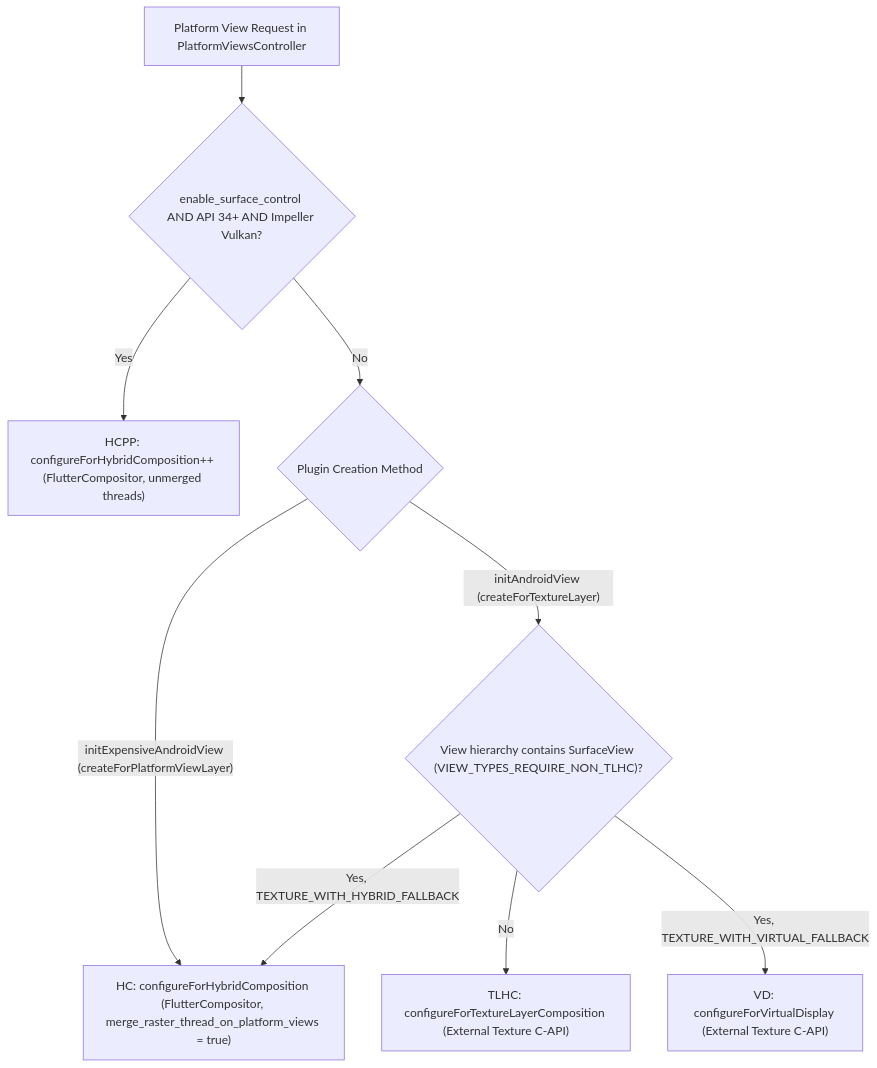
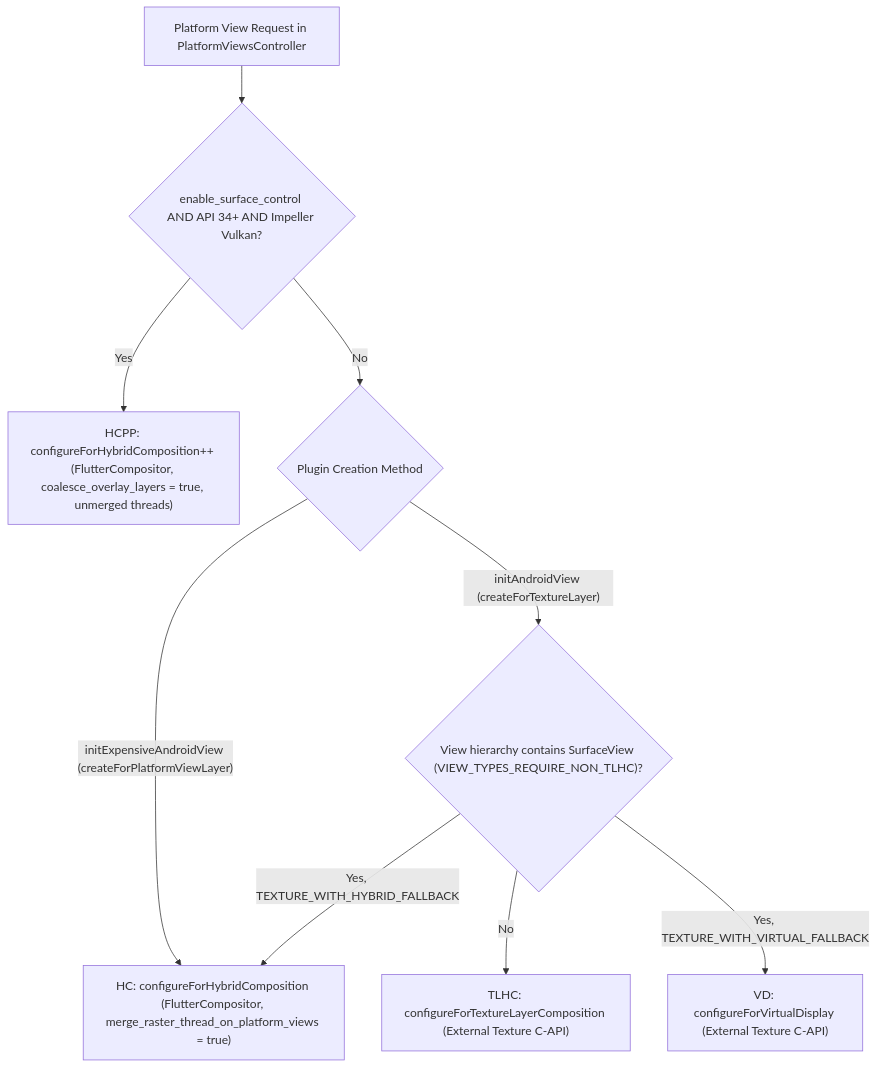
Before and after one commit to flutter/rfc: the fourth of 14 diagrams in rfc/410.0000-flutter-android-embedder-c-api-migration.md, drawn with Mermaid. The commit also changed other lines of this file, not shown here.

Commit message:
Added boolean for HCPP to only do 1 layer

````diff
--- a/rfc/410.0000-flutter-android-embedder-c-api-migration.md
+++ b/rfc/410.0000-flutter-android-embedder-c-api-migration.md
@@ -295,11 +298,11 @@
 ```mermaid
 flowchart TD
     Req["Platform View Request in PlatformViewsController"] --> IsHCPP{"enable_surface_control AND API 34+ AND Impeller Vulkan?"}
-    IsHCPP -- "Yes" --> HCPP["HCPP: configureForHybridComposition++ (FlutterCompositor, unmerged threads)"]
+    IsHCPP -- "Yes" --> HCPP["HCPP: configureForHybridComposition++ (FlutterCompositor, coalesce_overlay_layers = true, unmerged threads)"]
     IsHCPP -- "No" --> CreationPath{"Plugin Creation Method"}
     CreationPath -- "initExpensiveAndroidView (createForPlatformViewLayer)" --> HC["HC: configureForHybridComposition (FlutterCompositor, merge_raster_thread_on_platform_views = true)"]
     CreationPath -- "initAndroidView (createForTextureLayer)" --> HasSurfaceView{"View hierarchy contains SurfaceView (VIEW_TYPES_REQUIRE_NON_TLHC)?"}
     HasSurfaceView -- "No" --> TLHC["TLHC: configureForTextureLayerComposition (External Texture C-API)"]
     HasSurfaceView -- "Yes, TEXTURE_WITH_VIRTUAL_FALLBACK" --> VD["VD: configureForVirtualDisplay (External Texture C-API)"]
     HasSurfaceView -- "Yes, TEXTURE_WITH_HYBRID_FALLBACK" --> HC
 ```
````
